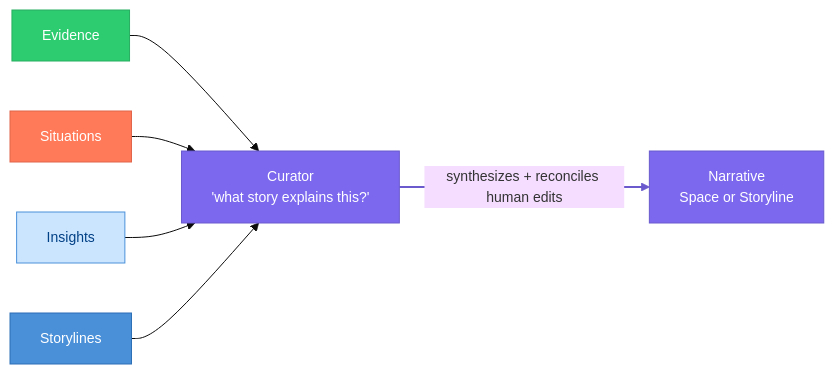
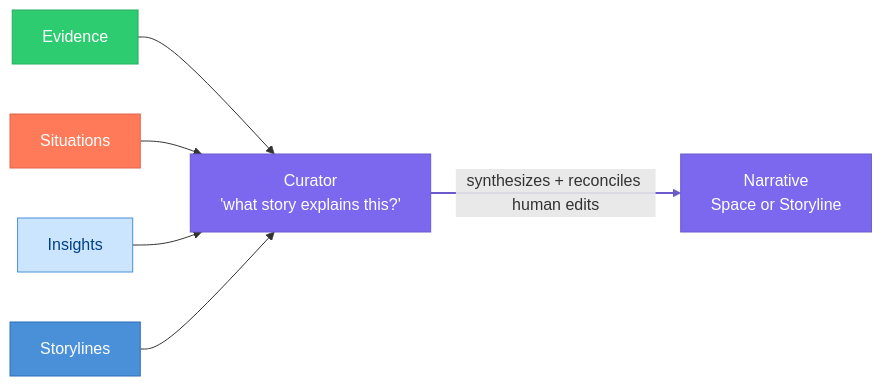
Before and after one commit to alex-oleshkevich/dailydrift: the diagram in specs/narrative.md, drawn with Mermaid. The commit also changed other lines of this file and 44 other files, not shown here.

````diff
--- a/specs/narrative.md
+++ b/specs/narrative.md
@@ -182,25 +190,24 @@
 ```mermaid
-%%{init: {'theme': 'base', 'themeVariables': {'fontSize': '14px'}}}%%
 flowchart LR
     classDef fact fill:#2ECC71,stroke:#27AE60,color:#fff
     classDef condition fill:#FF7A59,stroke:#E0654A,color:#fff
     classDef discovery fill:#CCE5FF,stroke:#4A90D9,color:#004085
     classDef continuity fill:#4A90D9,stroke:#2C6FB5,color:#fff
     classDef agent fill:#7B68EE,stroke:#6A5ACD,color:#fff
     classDef synthesis fill:#7B68EE,stroke:#6A5ACD,color:#fff
 
     EV["Evidence"]:::fact
     SIT["Situations"]:::condition
     INS["Insights"]:::discovery
     STORY["Storylines"]:::continuity
-    CUR["Curator\n'what story explains this?'"]:::agent
-    NAR["Narrative\nSpace or Storyline"]:::synthesis
+    CUR["Curator<br/>'what story explains this?'"]:::agent
+    NAR["Narrative<br/>Space or Storyline"]:::synthesis
 
     EV --> CUR
     SIT --> CUR
     INS --> CUR
     STORY --> CUR
     CUR -->|"synthesizes + reconciles human edits"| NAR
 
     linkStyle 4 stroke:#6A5ACD,stroke-width:2px
 ```
````
